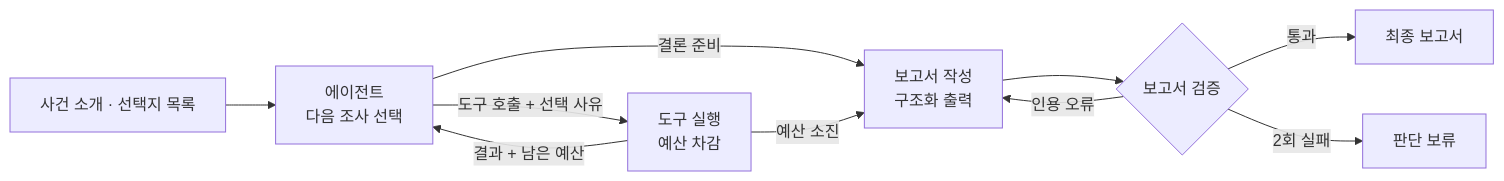
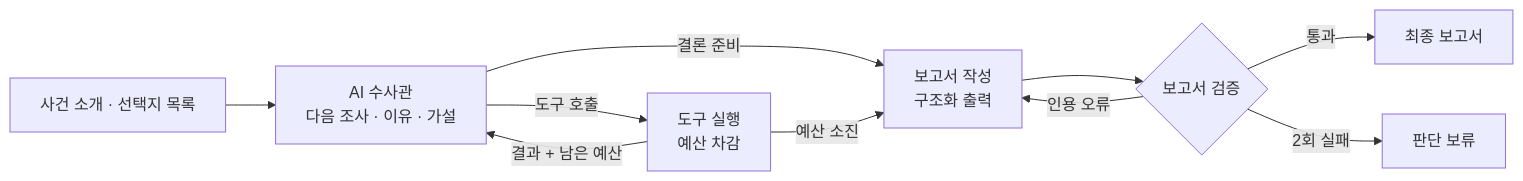
The second of 4 diagrams in README.md (dkfjalsj/Cluvelle), drawn with Mermaid before and after one commit. The commit also changed other lines of this file, not shown here.

````diff
--- a/README.md
+++ b/README.md
@@ -206,12 +299,12 @@
 ```mermaid
 flowchart LR
-    A[사건 소개 · 선택지 목록] --> B[에이전트<br/>다음 조사 선택]
-    B -->|도구 호출 + 선택 사유| C[도구 실행<br/>예산 차감]
+    A[사건 소개 · 선택지 목록] --> B[AI 수사관<br/>다음 조사 · 이유 · 가설]
+    B -->|도구 호출| C[도구 실행<br/>예산 차감]
     C -->|결과 + 남은 예산| B
     B -->|결론 준비| D[보고서 작성<br/>구조화 출력]
     C -->|예산 소진| D
     D --> E{보고서 검증}
     E -->|통과| F[최종 보고서]
     E -->|인용 오류| D
     E -->|2회 실패| G[판단 보류]
 ```
````
